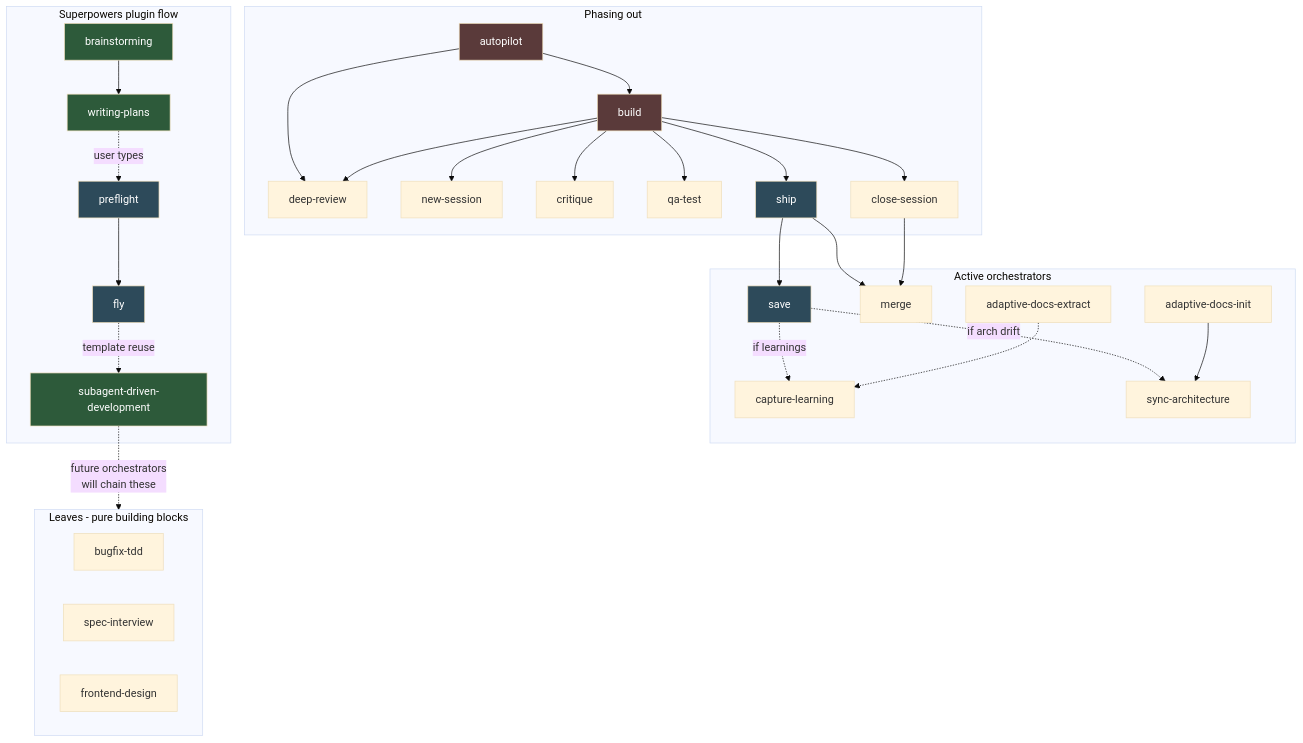
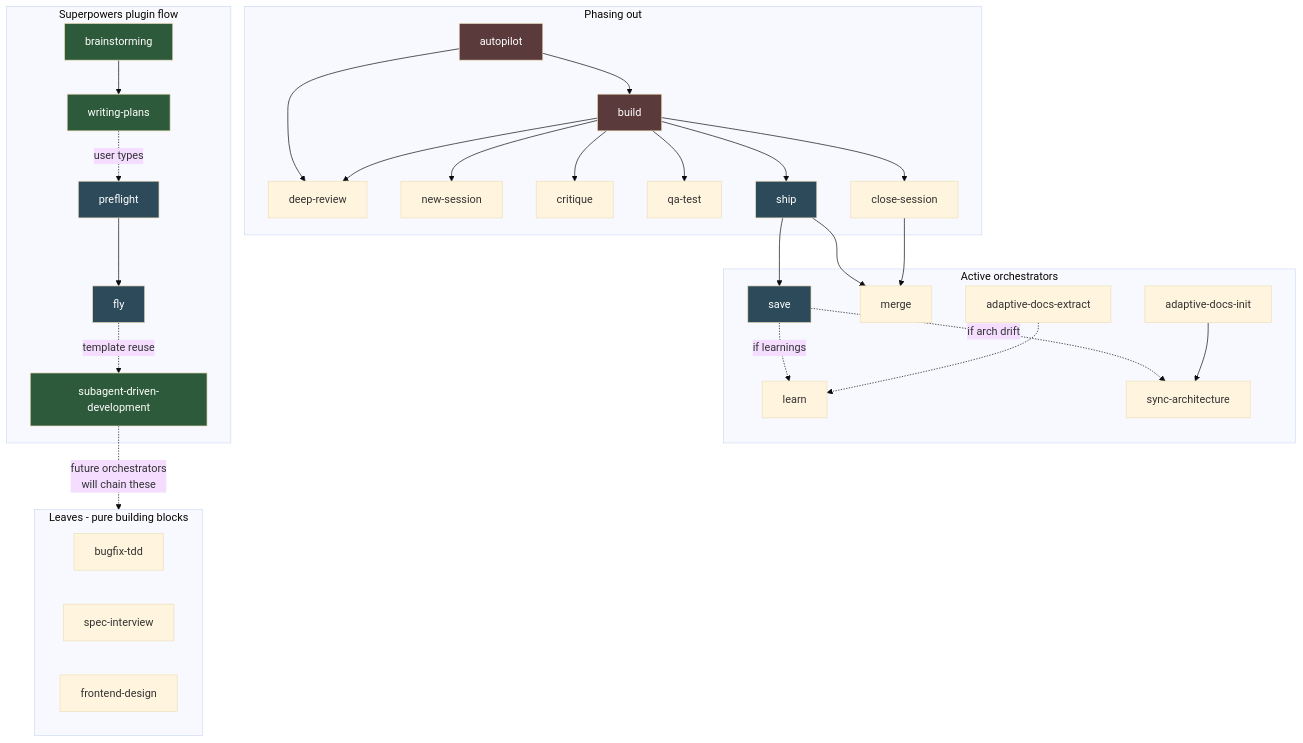
The second of 2 diagrams in SKILLS.md (divad12/dotfiles), drawn with Mermaid (base theme) before and after one commit. The commit also changed other lines of this file and 30 other files, not shown here.

````diff
--- a/SKILLS.md
+++ b/SKILLS.md
@@ -98,53 +100,53 @@
 ```mermaid
 graph TD
   subgraph deprecated[Phasing out]
     autopilot --> build
     autopilot --> deep-review
     build --> new-session
     build --> critique
     build --> qa-test
     build --> deep-review
     build --> ship
     build --> close-session
   end
 
   subgraph active[Active orchestrators]
     ship --> save
     ship --> merge
     close-session --> merge
-    save -.->|if learnings| capture-learning
+    save -.->|if learnings| learn
     save -.->|if arch drift| sync-architecture
     adaptive-docs-init --> sync-architecture
-    adaptive-docs-extract -.-> capture-learning
+    adaptive-docs-extract -.-> learn
   end
 
   subgraph superpowers[Superpowers plugin flow]
     brainstorming --> writing-plans
     writing-plans -.user types.-> preflight
     preflight --> fly
     fly -.template reuse.-> subagent-driven-development
   end
 
   subgraph leaves[Leaves - pure building blocks]
     bugfix-tdd
     critique
     deep-review
     merge
     new-session
     qa-test
     spec-interview
     frontend-design
   end
 
   subagent-driven-development -.->|future orchestrators<br/>will chain these| leaves
 
   style build fill:#5a3a3a,color:#fff
   style autopilot fill:#5a3a3a,color:#fff
   style ship fill:#2d4a5a,color:#fff
   style save fill:#2d4a5a,color:#fff
   style brainstorming fill:#2d5a3a,color:#fff
   style writing-plans fill:#2d5a3a,color:#fff
   style subagent-driven-development fill:#2d5a3a,color:#fff
   style preflight fill:#2d4a5a,color:#fff
   style fly fill:#2d4a5a,color:#fff
 ```
````
